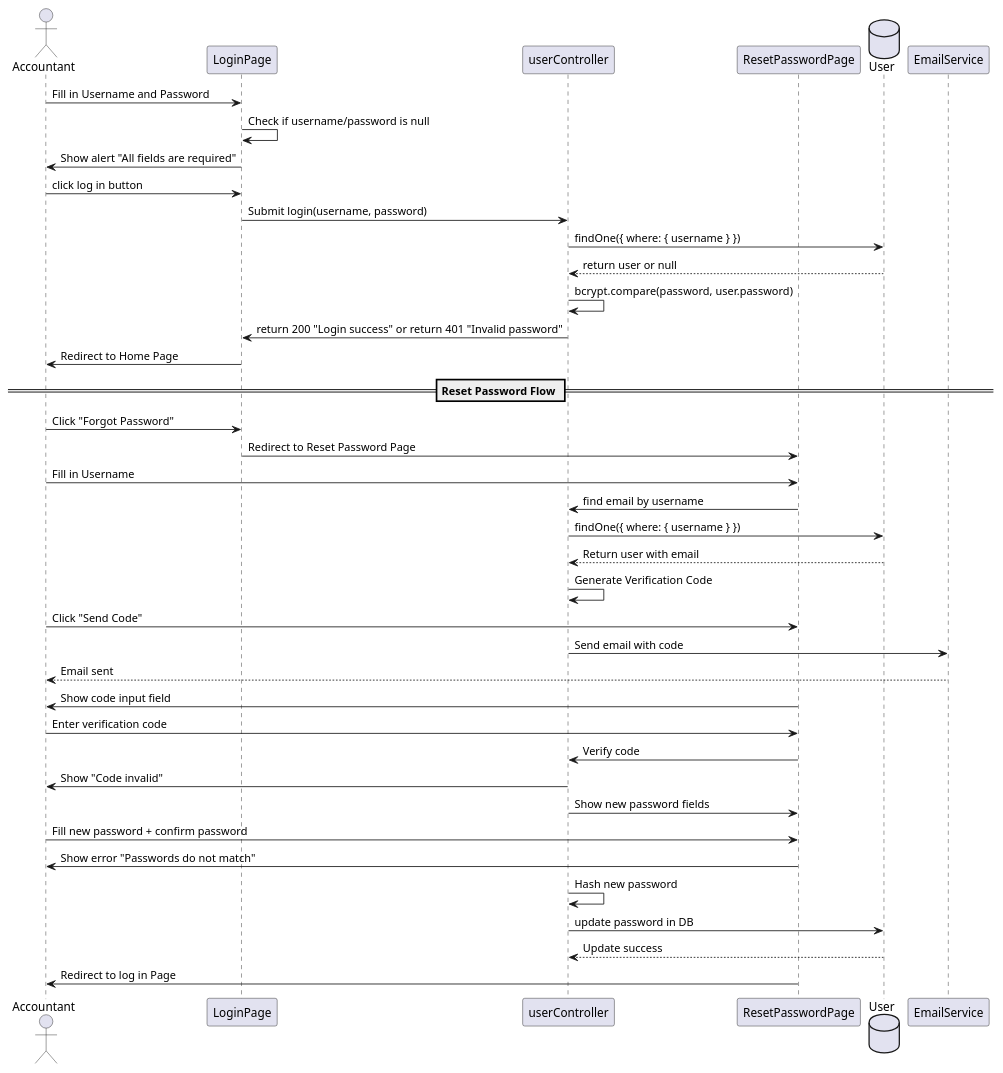
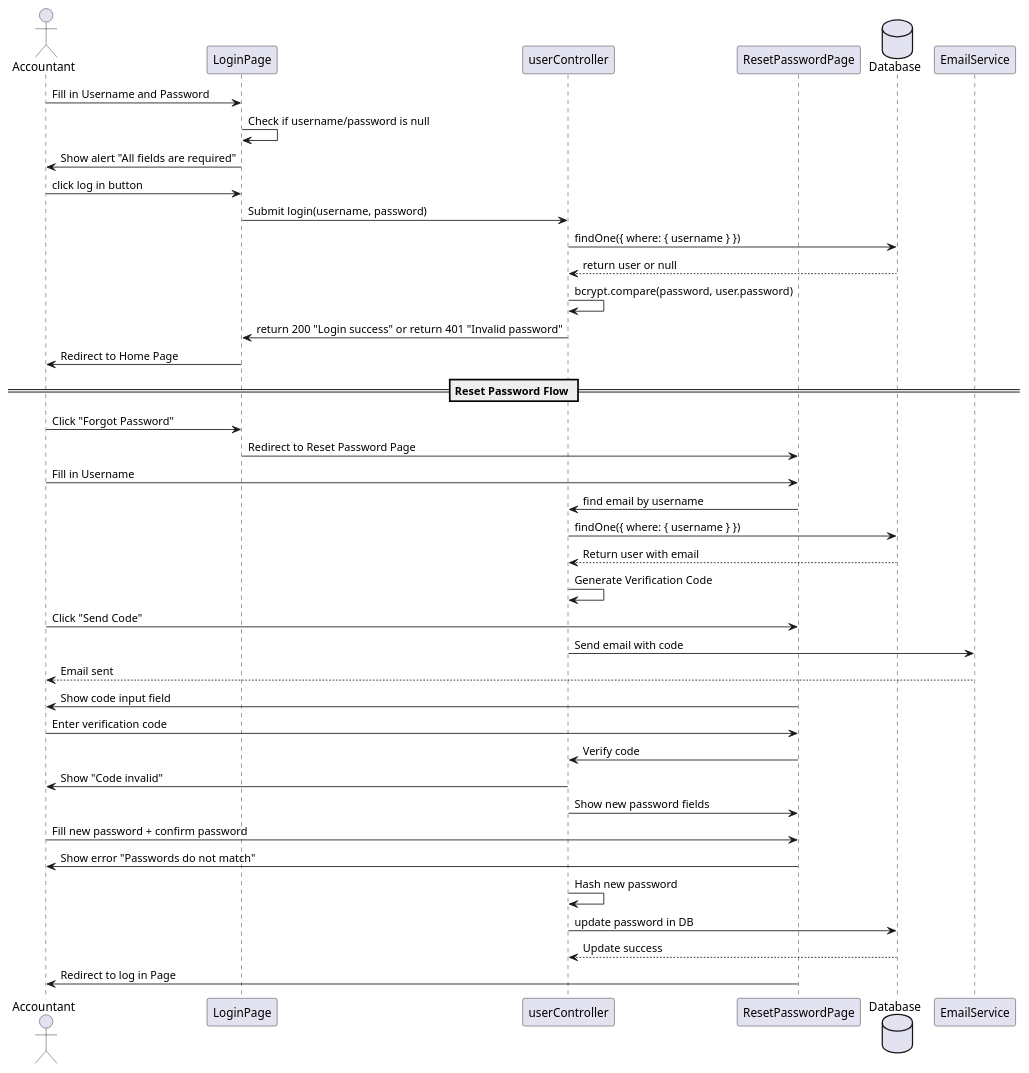
Before and after one commit to jmaepraendith/PaperlessWebProject: the diagram in diagram/sq-uc2.puml, drawn with PlantUML. The commit also changed 1 other file, not shown here.

Commit message:
fix sq diagram

```diff
--- a/diagram/sq-uc2.puml
+++ b/diagram/sq-uc2.puml
@@ -1,55 +1,55 @@
 @startuml
 actor Accountant
 participant LoginPage
 participant userController
 participant ResetPasswordPage
-database User
+database Database
 
 
 Accountant -> LoginPage : Fill in Username and Password
 LoginPage -> LoginPage : Check if username/password is null
 LoginPage -> Accountant : Show alert "All fields are required"
 
 
 Accountant -> LoginPage : click log in button
 LoginPage -> userController : Submit login(username, password)
 
-userController -> User : findOne({ where: { username } })
-User --> userController : return user or null
+userController -> Database : findOne({ where: { username } })
+Database --> userController : return user or null
 
 userController -> userController : bcrypt.compare(password, user.password)
 userController -> LoginPage : return 200 "Login success" or return 401 "Invalid password"
     
 LoginPage -> Accountant : Redirect to Home Page 
     
 
 == Reset Password Flow ==
 Accountant -> LoginPage : Click "Forgot Password"
 LoginPage -> ResetPasswordPage : Redirect to Reset Password Page
 
 Accountant -> ResetPasswordPage : Fill in Username
 ResetPasswordPage -> userController : find email by username
-userController -> User : findOne({ where: { username } })
-User --> userController : Return user with email
+userController -> Database : findOne({ where: { username } })
+Database --> userController : Return user with email
 
 userController -> userController : Generate Verification Code
 Accountant -> ResetPasswordPage : Click "Send Code"
 userController -> EmailService : Send email with code
 EmailService --> Accountant : Email sent
 ResetPasswordPage -> Accountant : Show code input field
 
 Accountant -> ResetPasswordPage : Enter verification code
 ResetPasswordPage -> userController : Verify code
 userController -> Accountant : Show "Code invalid"
 userController -> ResetPasswordPage : Show new password fields
 Accountant -> ResetPasswordPage : Fill new password + confirm password
 
 ResetPasswordPage -> Accountant : Show error "Passwords do not match"
 userController -> userController : Hash new password
-userController -> User : update password in DB
-User --> userController : Update success
+userController -> Database : update password in DB
+Database --> userController : Update success
 ResetPasswordPage -> Accountant : Redirect to log in Page
 
 
 
 @enduml
```
